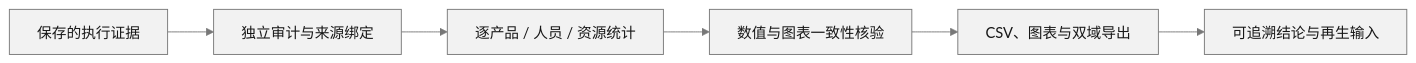
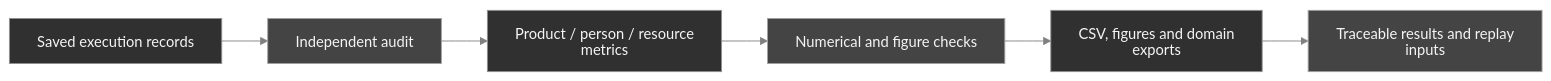
One commit to delongwangshu49-hub/adaptive-hrc-scheduling changed the second of 2 diagrams in README.md. Above: the diagram before and after it, drawn with Mermaid. The commit also changed other lines of this file and 97 other files, not shown here.

````diff
--- a/README.md
+++ b/README.md
@@ -111,11 +117,16 @@
 ```mermaid
-%%{init: {"theme":"base","htmlLabels":false,"themeVariables":{"primaryColor":"#f2f2f2","primaryTextColor":"#171717","primaryBorderColor":"#777777","lineColor":"#777777","fontSize":"16px"},"flowchart":{"htmlLabels":false,"useMaxWidth":true}}}%%
+%%{init: {"theme":"base","htmlLabels":false,"themeVariables":{"background":"#111111","primaryColor":"#202020","primaryTextColor":"#f5f5f5","secondaryColor":"#444444","secondaryTextColor":"#f5f5f5","tertiaryColor":"#303030","tertiaryTextColor":"#f5f5f5","primaryBorderColor":"#808080","lineColor":"#808080","textColor":"#f5f5f5","fontSize":"16px"},"flowchart":{"htmlLabels":false,"useMaxWidth":true}}}%%
 flowchart LR
-    A[保存的执行证据] --> B[独立审计与来源绑定]
-    B --> C[逐产品 / 人员 / 资源统计]
-    C --> D[数值与图表一致性核验]
-    D --> E[CSV、图表与双域导出]
-    E --> F[可追溯结论与再生输入]
-    classDef default fill:#f2f2f2,stroke:#777777,color:#171717
-    linkStyle default stroke:#777777
+    A["Saved execution records"] --> B
+    B["Independent audit"] --> C
+    C["Product / person / resource metrics"] --> D
+    D["Numerical and figure checks"] --> E
+    E["CSV, figures and domain exports"] --> F
+    F["Traceable results and replay inputs"]
+    class A,C,E graphite
+    class B,D,F slate
+    classDef default fill:#202020,stroke:#808080,color:#f5f5f5
+    classDef graphite fill:#303030,stroke:#909090,color:#f5f5f5
+    classDef slate fill:#444444,stroke:#a0a0a0,color:#f5f5f5
+    linkStyle default stroke:#808080
 ```
````
